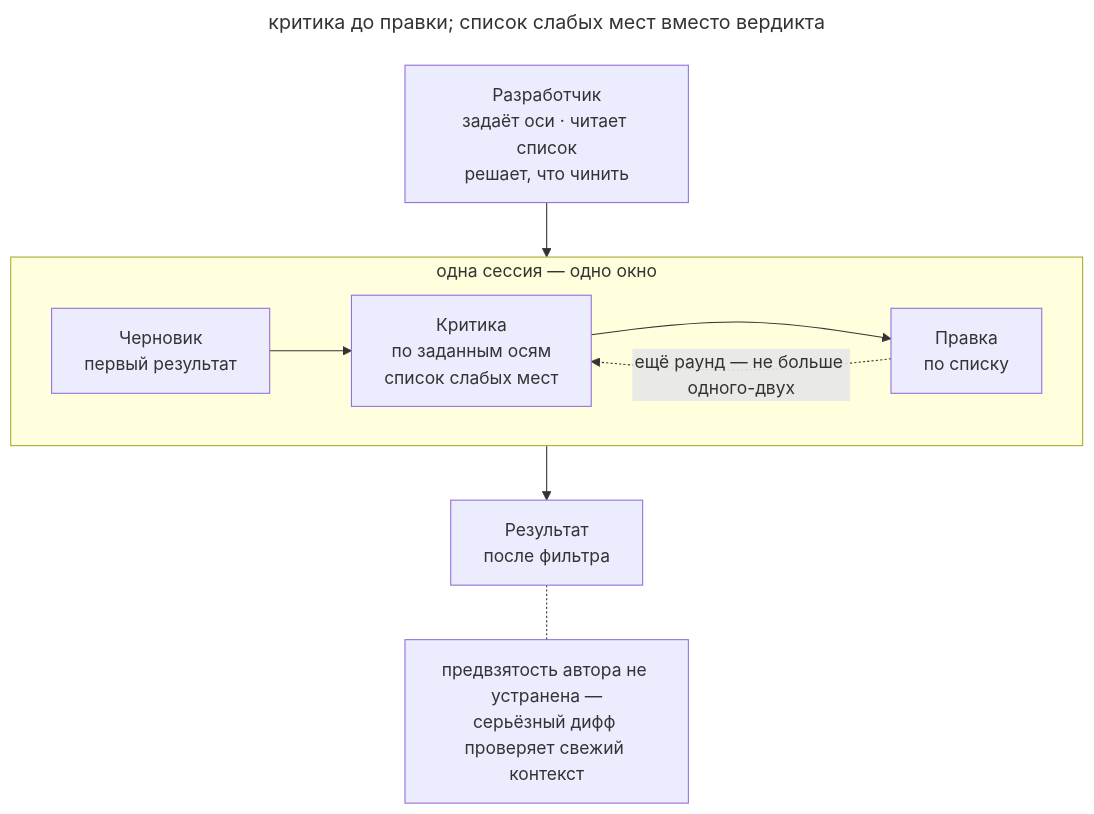
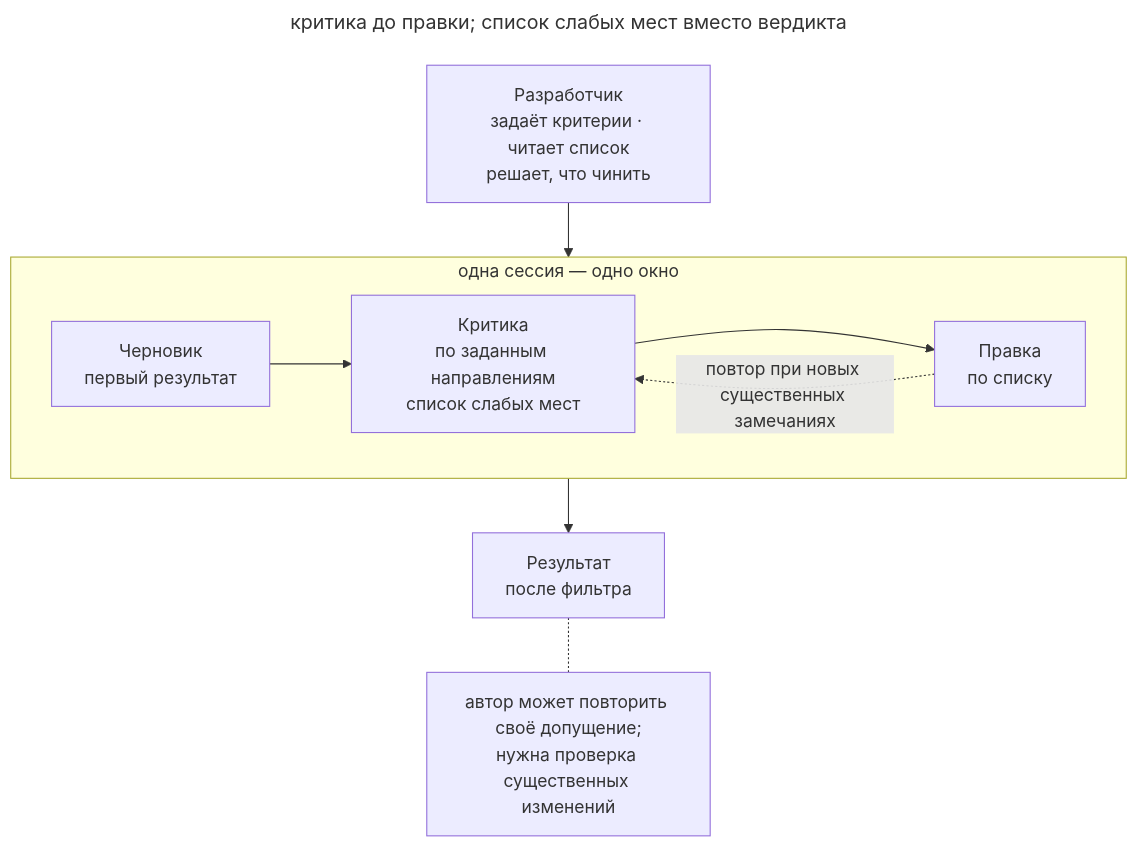
The diagram in book/ru/reflection.md (Rastavelli/agentic-coding-design-patterns), drawn with Mermaid before and after one commit. The commit also changed 24 other files, not shown here.

Commit message:
docs: finish Russian prose review and align diagram captions

````diff
--- a/book/ru/reflection.md
+++ b/book/ru/reflection.md
@@ -42,20 +42,20 @@
 ```mermaid
 ---
 title: критика до правки; список слабых мест вместо вердикта
 ---
 flowchart TB
   subgraph session["одна сессия — одно окно"]
     direction LR
     draft["Черновик<br/>первый результат"]
-    critique["Критика<br/>по заданным осям<br/>список слабых мест"]:::warn
+    critique["Критика<br/>по заданным направлениям<br/>список слабых мест"]:::warn
     revise["Правка<br/>по списку"]
     draft --> critique --> revise
-    revise -. "ещё раунд — не больше одного-двух" .-> critique
+    revise -. "повтор при новых существенных замечаниях" .-> critique
   end
-  dev["Разработчик<br/>задаёт оси · читает список<br/>решает, что чинить"]:::accent
+  dev["Разработчик<br/>задаёт критерии · читает список<br/>решает, что чинить"]:::accent
   result["Результат<br/>после фильтра"]:::accent
-  caveat["предвзятость автора не устранена —<br/>серьёзный дифф проверяет свежий контекст"]:::warn
+  caveat["автор может повторить своё допущение;<br/>нужна проверка существенных изменений"]:::warn
   dev --> critique
   revise --> result
   result -.- caveat
 ```
````
